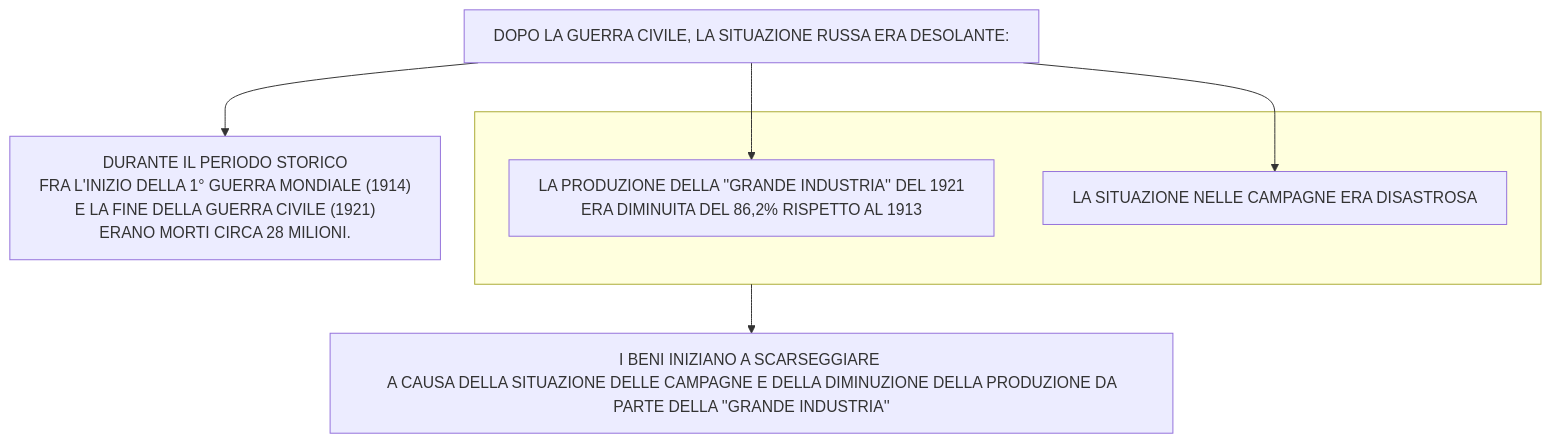
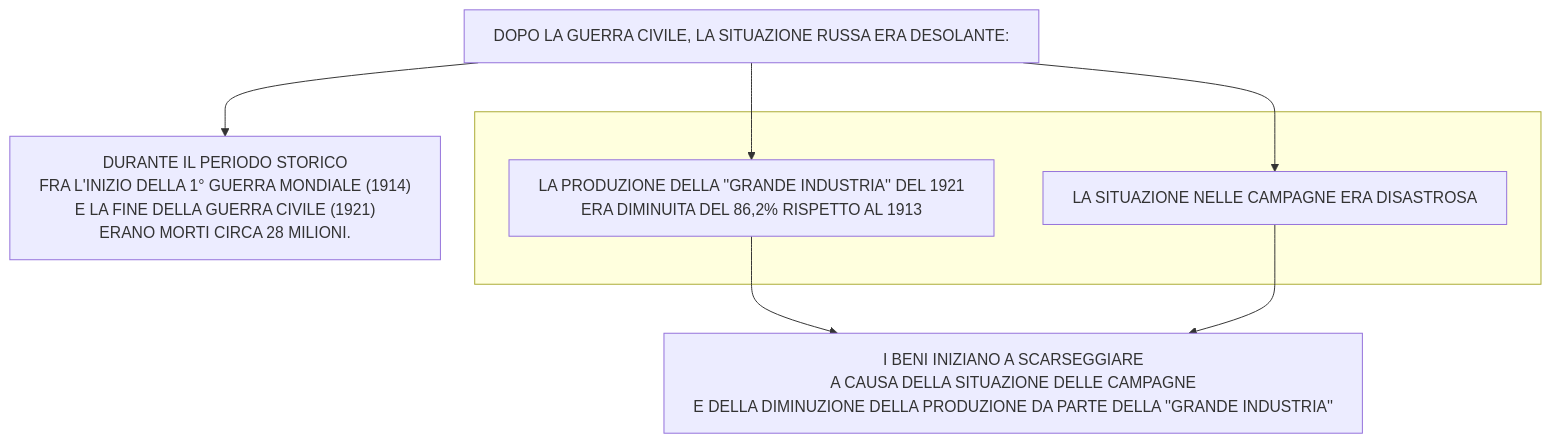
One commit to Laaouatni/ricerca-storia-MermaidJS changed the tenth of 10 diagrams in stalinismoRiscrittura.md. Above: the diagram before and after it, drawn with Mermaid.

````diff
--- a/stalinismoRiscrittura.md
+++ b/stalinismoRiscrittura.md
@@ -176,13 +176,13 @@
 ```mermaid
 %%{init: { "flowchart": { "wrappingWidth": 800 } }}%%
 flowchart TB
   0[DOPO LA GUERRA CIVILE, LA SITUAZIONE RUSSA ERA DESOLANTE:]
   1["DURANTE IL PERIODO STORICO <br> FRA L'INIZIO DELLA 1° GUERRA MONDIALE (1914) <br>E LA FINE DELLA GUERRA CIVILE (1921) <br> ERANO MORTI CIRCA 28 MILIONI."]
   subgraph 4[" "]
     2[LA PRODUZIONE DELLA ''GRANDE INDUSTRIA'' DEL 1921 <br>ERA DIMINUITA DEL 86,2% RISPETTO AL 1913]
     3[LA SITUAZIONE NELLE CAMPAGNE ERA DISASTROSA]
   end
-  5[I BENI INIZIANO A SCARSEGGIARE <BR> A CAUSA DELLA SITUAZIONE DELLE CAMPAGNE E DELLA DIMINUZIONE DELLA PRODUZIONE DA PARTE DELLA ''GRANDE INDUSTRIA'']
+  5[I BENI INIZIANO A SCARSEGGIARE <BR> A CAUSA DELLA SITUAZIONE DELLE CAMPAGNE <BR>E DELLA DIMINUZIONE DELLA PRODUZIONE DA PARTE DELLA ''GRANDE INDUSTRIA'']
   0 --> 1 & 2 & 3
-  4 --> 5
+  2 & 3 --> 5
 ```
````
